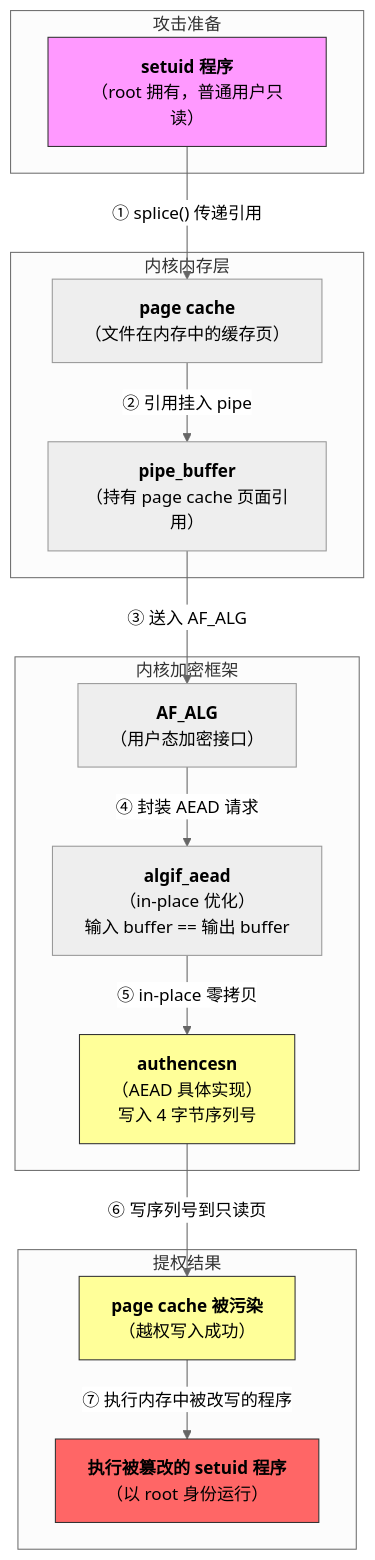
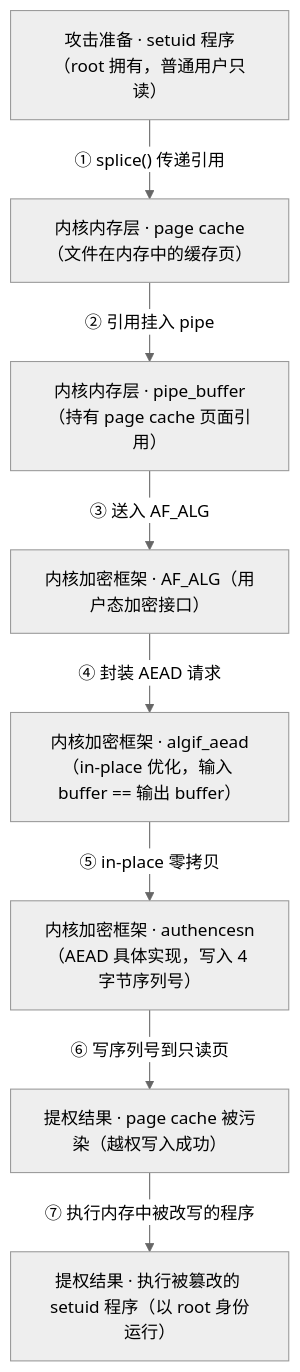
The first of 2 diagrams in src/content/posts/copy-fail-cve-2026-31431.md (HONGLEI111/hhlblog-global), drawn with Mermaid (neutral theme) before and after one commit. The commit also changed other lines of this file and 295 other files, not shown here.

````diff
--- a/src/content/posts/copy-fail-cve-2026-31431.md
+++ b/src/content/posts/copy-fail-cve-2026-31431.md
@@ -114,35 +114,19 @@
 ```mermaid
 flowchart TB
-    subgraph 攻击准备
-        A["<b>setuid 程序</b><br/>（root 拥有，普通用户只读）"]
-    end
-
-    subgraph 内核内存层
-        B["<b>page cache</b><br/>（文件在内存中的缓存页）"]
-        C["<b>pipe_buffer</b><br/>（持有 page cache 页面引用）"]
-    end
-
-    subgraph 内核加密框架
-        D["<b>AF_ALG</b><br/>（用户态加密接口）"]
-        E["<b>algif_aead</b><br/>（in-place 优化）<br/>输入 buffer == 输出 buffer"]
-        F["<b>authencesn</b><br/>（AEAD 具体实现）<br/>写入 4 字节序列号"]
-    end
-
-    subgraph 提权结果
-        G["<b>page cache 被污染</b><br/>（越权写入成功）"]
-        H["<b>执行被篡改的 setuid 程序</b><br/>（以 root 身份运行）"]
-    end
+    A["攻击准备 · setuid 程序（root 拥有，普通用户只读）"]
+    B["内核内存层 · page cache（文件在内存中的缓存页）"]
+    C["内核内存层 · pipe_buffer（持有 page cache 页面引用）"]
+    D["内核加密框架 · AF_ALG（用户态加密接口）"]
+    E["内核加密框架 · algif_aead（in-place 优化，输入 buffer == 输出 buffer）"]
+    F["内核加密框架 · authencesn（AEAD 具体实现，写入 4 字节序列号）"]
+    G["提权结果 · page cache 被污染（越权写入成功）"]
+    H["提权结果 · 执行被篡改的 setuid 程序（以 root 身份运行）"]
 
     A -->|"① splice() 传递引用"| B
     B -->|"② 引用挂入 pipe"| C
     C -->|"③ 送入 AF_ALG"| D
     D -->|"④ 封装 AEAD 请求"| E
     E -->|"⑤ in-place 零拷贝"| F
     F -->|"⑥ 写序列号到只读页"| G
     G -->|"⑦ 执行内存中被改写的程序"| H
-
-    style A fill:#f9f,stroke:#333
-    style H fill:#f66,stroke:#333
-    style F fill:#ff9,stroke:#333
-    style G fill:#ff9,stroke:#333
 ```
````
